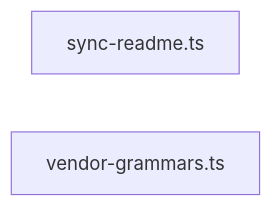
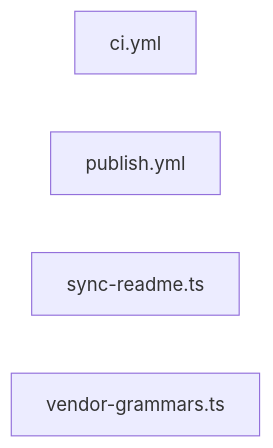
Before and after one commit to sns45/greplost: the diagram in .greplost/packages/greplost-monorepo/MAP.md, drawn with Mermaid. The commit also changed other lines of this file and 67 other files, not shown here.

````diff
--- a/.greplost/packages/greplost-monorepo/MAP.md
+++ b/.greplost/packages/greplost-monorepo/MAP.md
@@ -24,5 +37,7 @@
 ```mermaid
 graph LR
+  _github_workflows_ci_yml["ci.yml"]
+  _github_workflows_publish_yml["publish.yml"]
   scripts_sync_readme_ts["sync-readme.ts"]
   scripts_vendor_grammars_ts["vendor-grammars.ts"]
 ```
````
